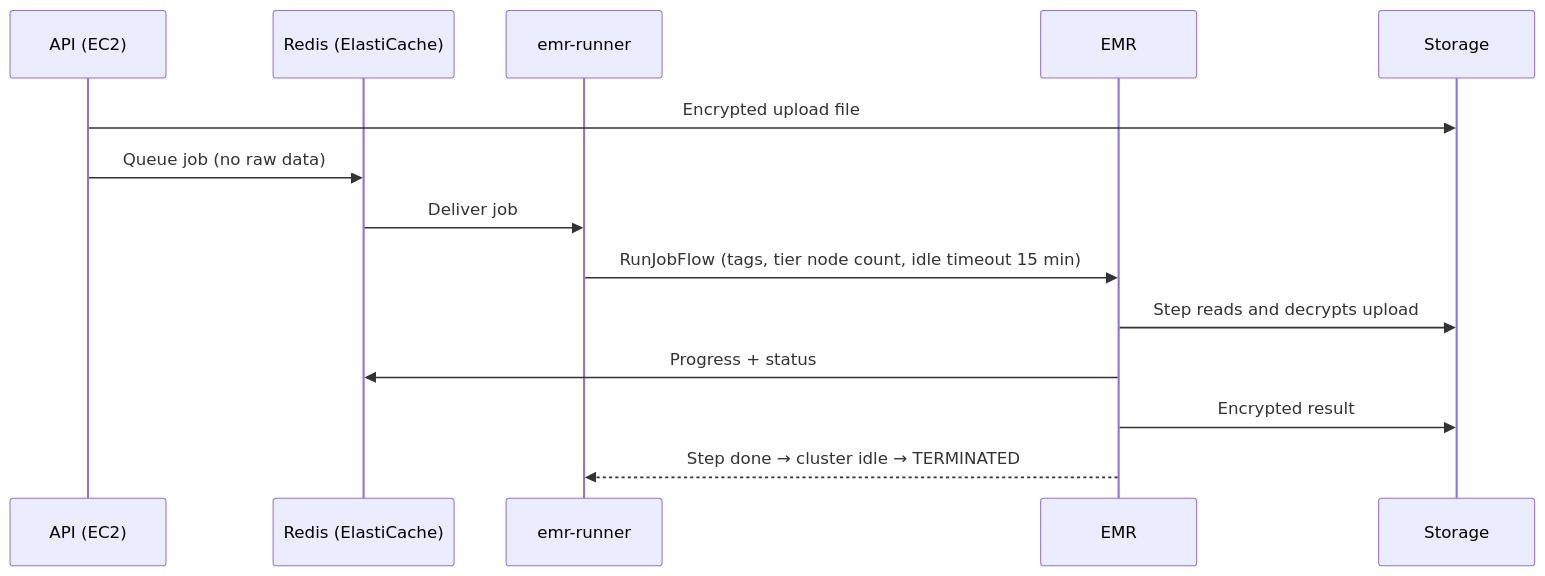
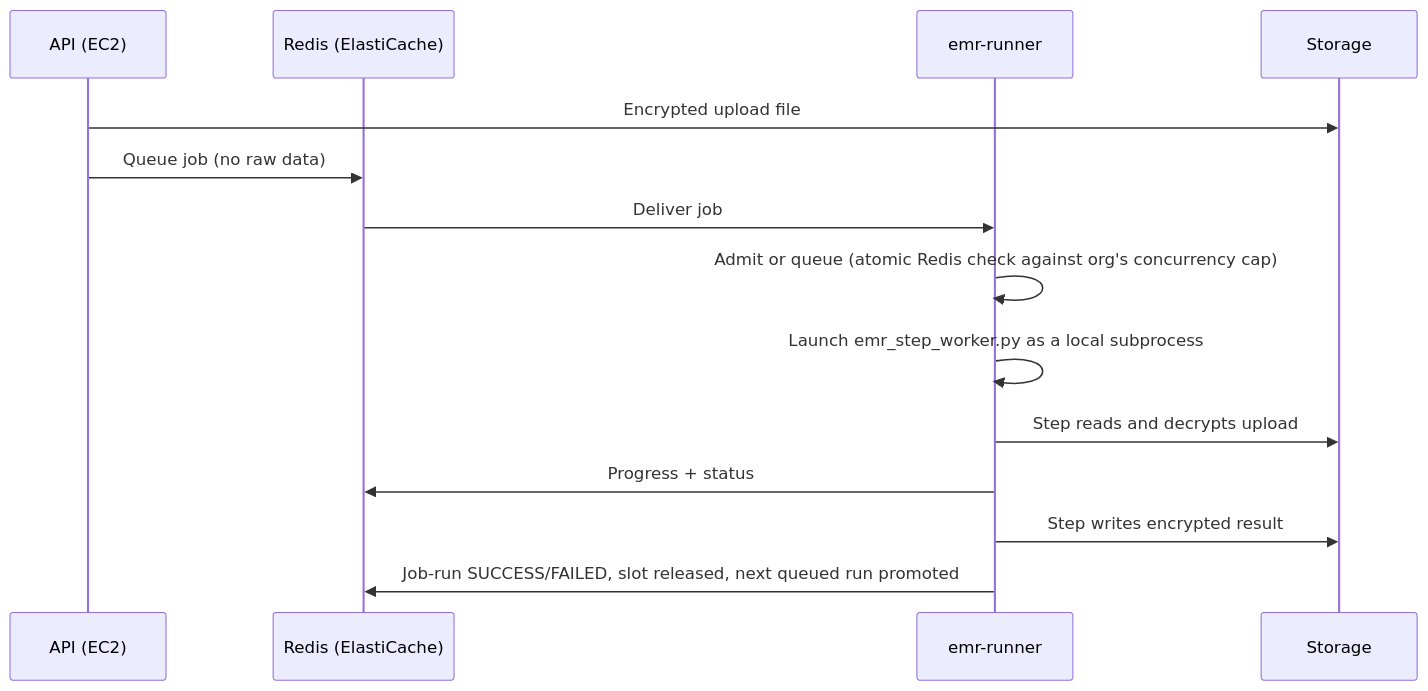
Before and after one commit to DataShield-sp18/data-shield-docs: the second of 2 diagrams in docs/cloud/aws-architecture.md, drawn with Mermaid. The commit also changed other lines of this file and 6 other files, not shown here.

First line of the commit message:
docs(emr): rewrite big-job lane for EMR Serverless

````diff
--- a/docs/cloud/aws-architecture.md
+++ b/docs/cloud/aws-architecture.md
@@ -51,16 +58,16 @@
 ```mermaid
 sequenceDiagram
     participant API as API (EC2)
     participant R as Redis (ElastiCache)
     participant RN as emr-runner
-    participant EMR as EMR
     participant S as Storage
     API->>S: Encrypted upload file
     API->>R: Queue job (no raw data)
     R->>RN: Deliver job
-    RN->>EMR: RunJobFlow (tags, tier node count, idle timeout 15 min)
-    EMR->>S: Step reads and decrypts upload
-    EMR->>R: Progress + status
-    EMR->>S: Encrypted result
-    EMR-->>RN: Step done → cluster idle → TERMINATED
+    RN->>RN: Admit or queue (atomic Redis check against org's concurrency cap)
+    RN->>RN: Launch emr_step_worker.py as a local subprocess
+    RN->>S: Step reads and decrypts upload
+    RN->>R: Progress + status
+    RN->>S: Step writes encrypted result
+    RN->>R: Job-run SUCCESS/FAILED, slot released, next queued run promoted
 ```
````
